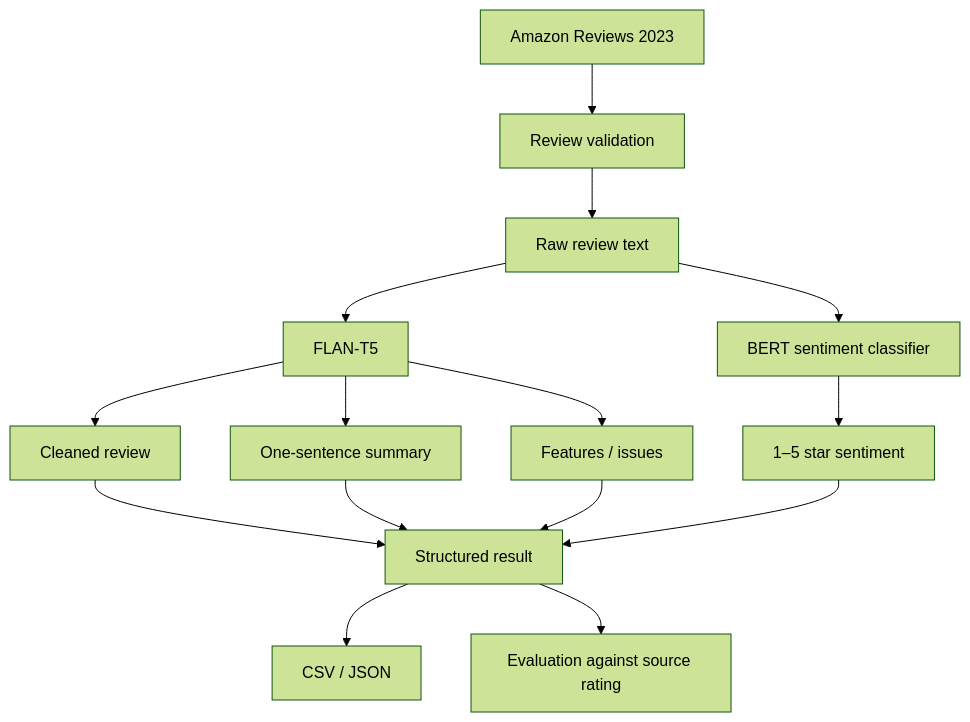
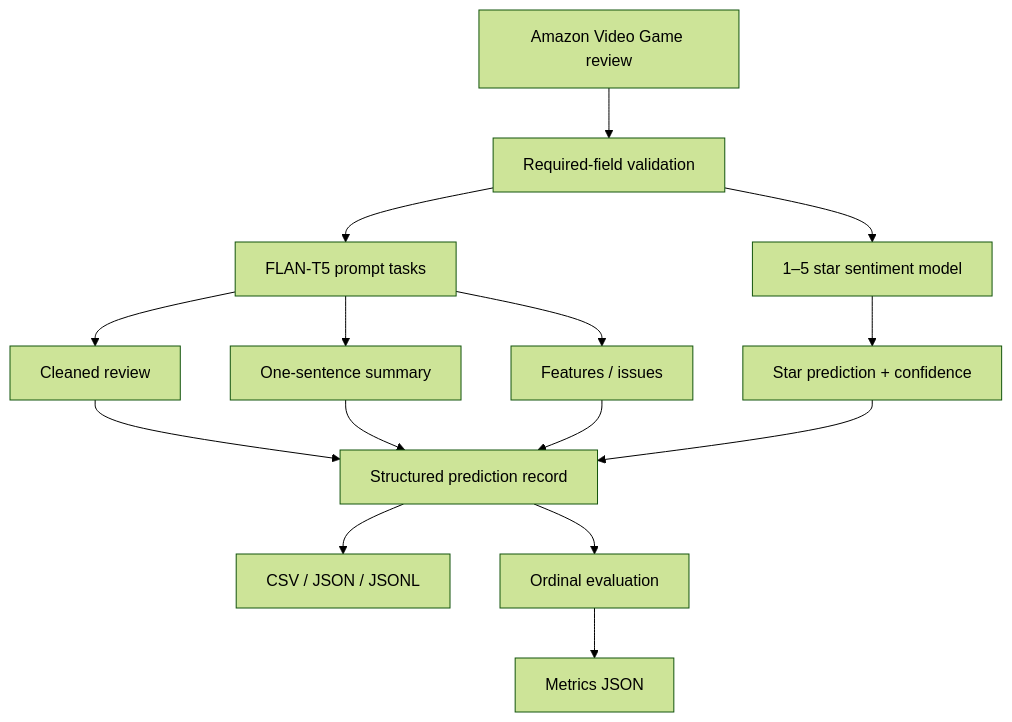
One commit to PerpsAkach/genai-amazon-reviews changed the diagram in README.md. Above: the diagram before and after it, drawn with Mermaid (forest theme). The commit also changed other lines of this file, not shown here.

````diff
--- a/README.md
+++ b/README.md
@@ -34,17 +28,17 @@
 ```mermaid
 flowchart TD
-    A[Amazon Reviews 2023] --> B[Review validation]
-    B --> C[Raw review text]
-    C --> D[FLAN-T5]
-    C --> E[BERT sentiment classifier]
-    D --> D1[Cleaned review]
-    D --> D2[One-sentence summary]
-    D --> D3[Features / issues]
-    E --> E1[1–5 star sentiment]
-    D1 --> F[Structured result]
-    D2 --> F
-    D3 --> F
-    E1 --> F
-    F --> G[CSV / JSON]
-    F --> H[Evaluation against source rating]
+    A[Amazon Video Game review] --> B[Required-field validation]
+    B --> C[FLAN-T5 prompt tasks]
+    B --> D[1–5 star sentiment model]
+    C --> C1[Cleaned review]
+    C --> C2[One-sentence summary]
+    C --> C3[Features / issues]
+    D --> D1[Star prediction + confidence]
+    C1 --> E[Structured prediction record]
+    C2 --> E
+    C3 --> E
+    D1 --> E
+    E --> F[CSV / JSON / JSONL]
+    E --> G[Ordinal evaluation]
+    G --> H[Metrics JSON]
 ```
````
